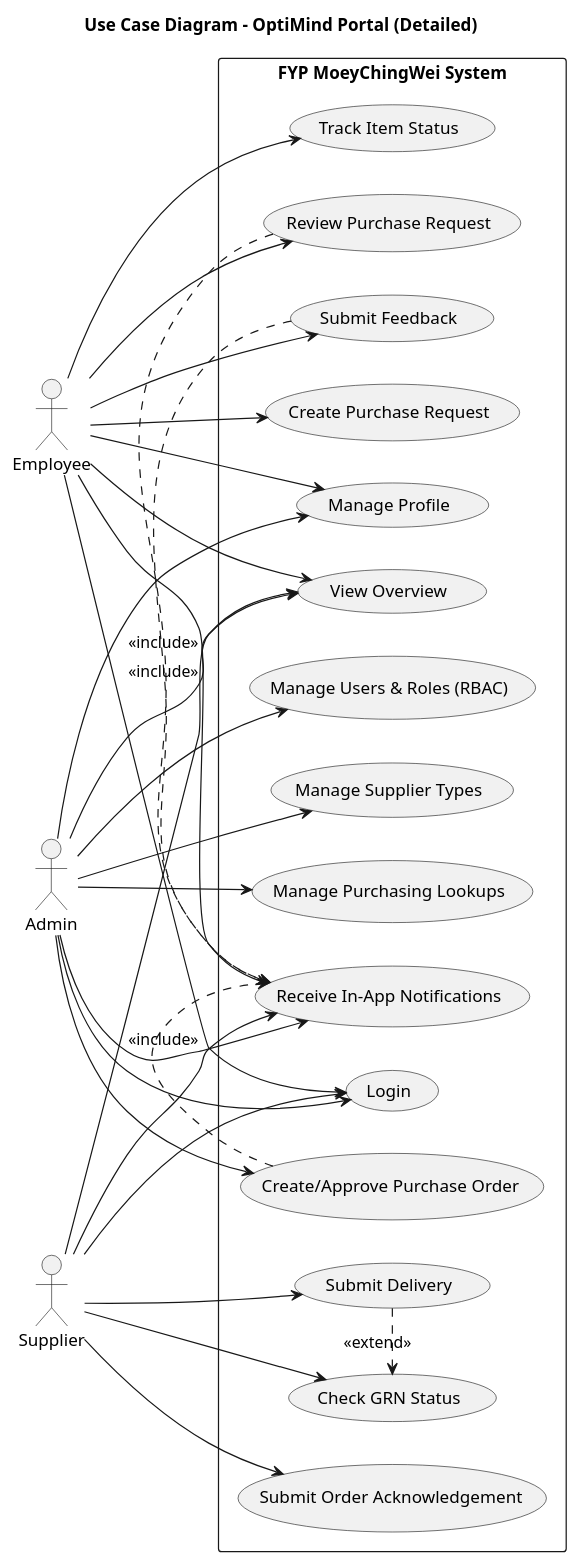
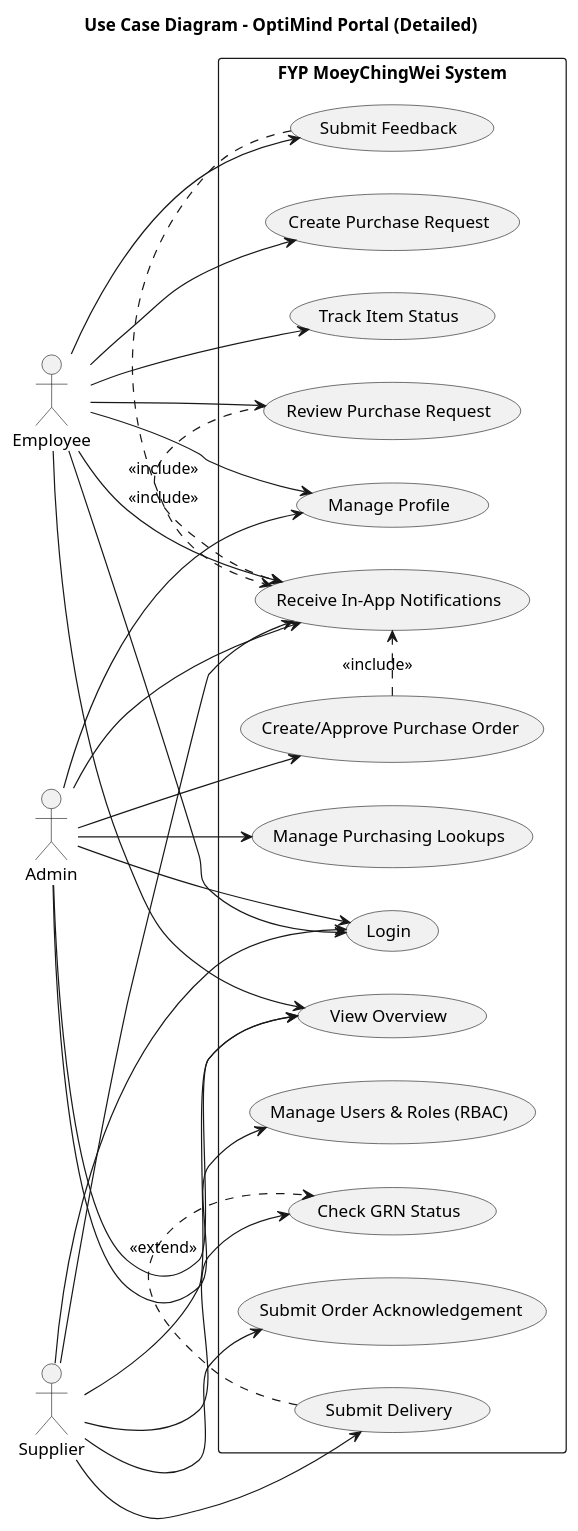
Before and after one commit to MoeyChingWei/FYP-MoeyChingWei: the diagram in Diagram/use-case-system.puml, drawn with PlantUML. The commit also changed 34 other files, not shown here.

```diff
--- a/Diagram/use-case-system.puml
+++ b/Diagram/use-case-system.puml
@@ -1,57 +1,55 @@
 @startuml
 title Use Case Diagram - OptiMind Portal (Detailed)
 left to right direction
 
 actor Employee
 actor Admin
 actor Supplier
 
 rectangle "FYP MoeyChingWei System" {
   usecase "Login" as UC1
   usecase "View Overview" as UC2
   usecase "Manage Profile" as UC3
   usecase "Create Purchase Request" as UC4
   usecase "Review Purchase Request" as UC5
   usecase "Create/Approve Purchase Order" as UC6
   usecase "Submit Order Acknowledgement" as UC7
   usecase "Submit Delivery" as UC8
   usecase "Check GRN Status" as UC14
   usecase "Receive In-App Notifications" as UC9
   usecase "Submit Feedback" as UC10
   usecase "Manage Users & Roles (RBAC)" as UC11
-  usecase "Manage Supplier Types" as UC12
   usecase "Manage Purchasing Lookups" as UC13
   usecase "Track Item Status" as UC15
 }
 
 Employee --> UC1
 Employee --> UC2
 Employee --> UC3
 Employee --> UC4
 Employee --> UC5
 Employee --> UC9
 Employee --> UC10
 Employee --> UC15
 
 Admin --> UC1
 Admin --> UC2
 Admin --> UC3
 Admin --> UC6
 Admin --> UC9
 Admin --> UC11
-Admin --> UC12
 Admin --> UC13
 
 Supplier --> UC1
 Supplier --> UC2
 Supplier --> UC7
 Supplier --> UC8
 Supplier --> UC14
 Supplier --> UC9
 
 UC5 .> UC9 : <<include>>
 UC6 .> UC9 : <<include>>
 UC10 .> UC9 : <<include>>
 UC8 .> UC14 : <<extend>>
 
 @enduml
```
